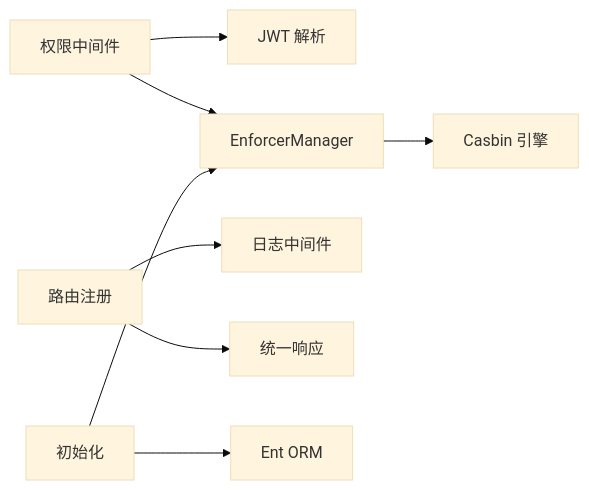
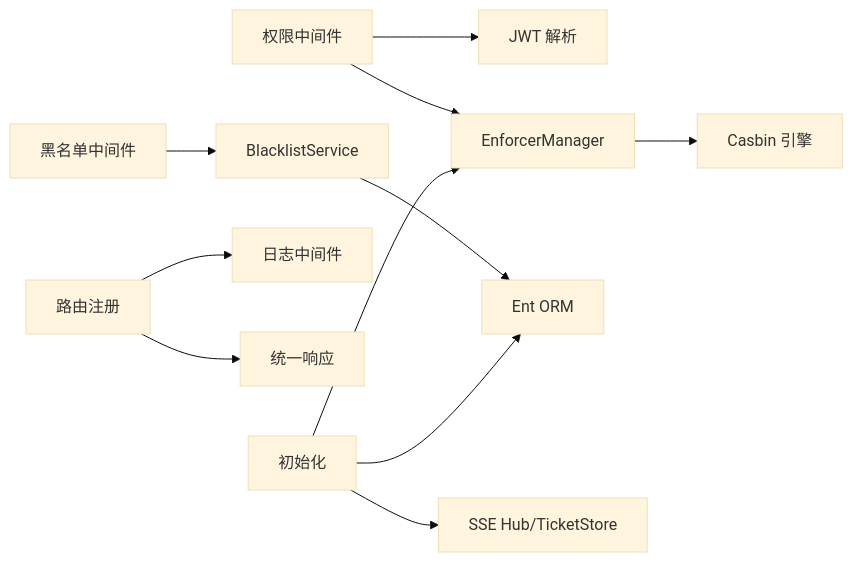
Before and after one commit to wuwuseo/e-sports-go-admin: the seventh of 7 diagrams in .qoder/repowiki/zh/content/架构设计/中间件架构.md, drawn with Mermaid (base theme). The commit also changed other lines of this file and 42 other files, not shown here.

````diff
--- a/.qoder/repowiki/zh/content/架构设计/中间件架构.md
+++ b/.qoder/repowiki/zh/content/架构设计/中间件架构.md
@@ -280,10 +351,13 @@
 ```mermaid
 graph LR
 Perm["权限中间件"] --> JWT["JWT 解析"]
 Perm --> EM["EnforcerManager"]
 EM --> CASBIN["Casbin 引擎"]
+Blacklist["黑名单中间件"] --> BS["BlacklistService"]
+BS --> ORM["Ent ORM"]
 Router["路由注册"] --> Logger["日志中间件"]
 Router --> Resp["统一响应"]
 Init["初始化"] --> EM
-Init --> ORM["Ent ORM"]
+Init --> ORM
+Init --> SSE["SSE Hub/TicketStore"]
 ```
````
